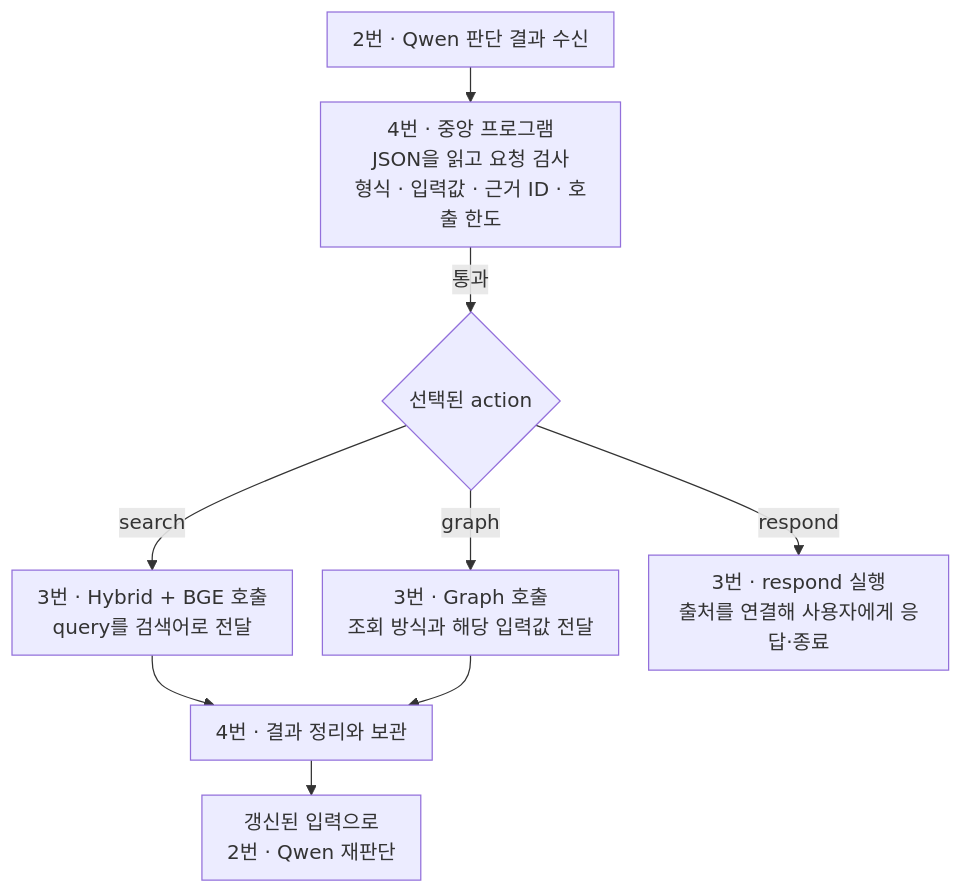
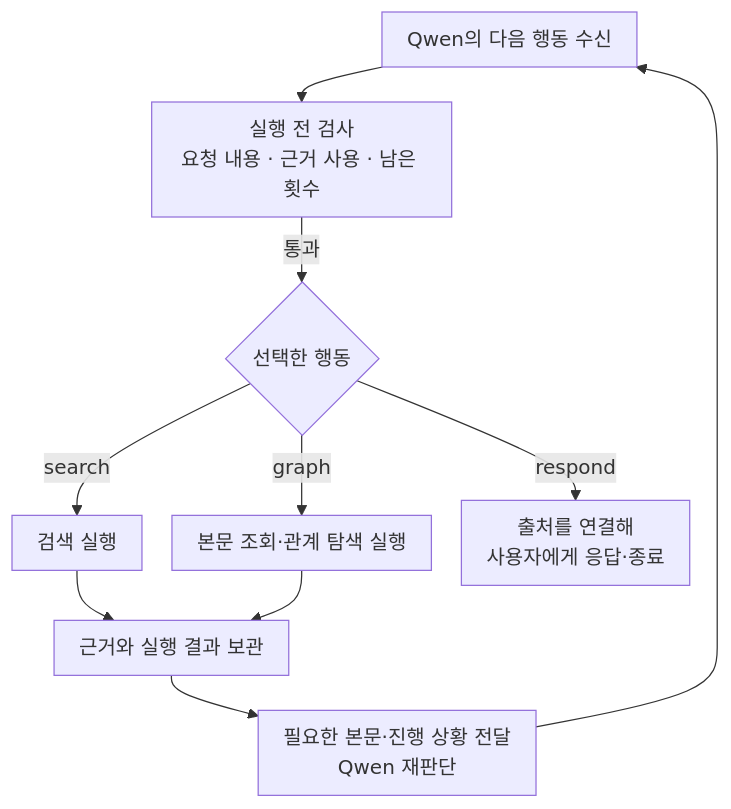
The second of 2 diagrams in week8/AGENT.md (westiion/Civic-Link), drawn with Mermaid before and after one commit. The commit also changed other lines of this file, not shown here.

Commit message:
docs: clarify controller flow and handling rules

````diff
--- a/week8/AGENT.md
+++ b/week8/AGENT.md
@@ -396,20 +396,21 @@
 ```mermaid
 ---
 config:
   themeVariables:
     fontSize: "16px"
   flowchart:
     nodeSpacing: 24
     rankSpacing: 28
     padding: 10
 ---
 flowchart TD
-    Q["2번 · Qwen 판단 결과 수신"] --> V["4번 · 중앙 프로그램<br/>JSON을 읽고 요청 검사<br/>형식 · 입력값 · 근거 ID · 호출 한도"]
-    V -->|통과| A{"선택된 action"}
-    A -->|search| S["3번 · Hybrid + BGE 호출<br/>query를 검색어로 전달"]
-    A -->|graph| G["3번 · Graph 호출<br/>조회 방식과 해당 입력값 전달"]
-    A -->|respond| F["3번 · respond 실행<br/>출처를 연결해 사용자에게 응답·종료"]
-    S --> R["4번 · 결과 정리와 보관"]
+    Q["Qwen의 다음 행동 수신"] --> V["실행 전 검사<br/>요청 내용 · 근거 사용 · 남은 횟수"]
+    V -->|통과| A{"선택한 행동"}
+    A -->|search| S["검색 실행"]
+    A -->|graph| G["본문 조회·관계 탐색 실행"]
+    A -->|respond| F["출처를 연결해<br/>사용자에게 응답·종료"]
+    S --> R["근거와 실행 결과 보관"]
     G --> R
-    R --> N["갱신된 입력으로<br/>2번 · Qwen 재판단"]
+    R --> N["필요한 본문·진행 상황 전달<br/>Qwen 재판단"]
+    N --> Q
 ```
````
